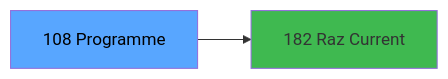
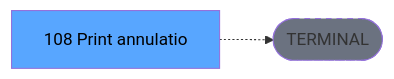
One commit to thonyAGP/lecteur-magic changed the third of 3 diagrams in .openspec/specs/ADH-IDE-108.md. Above: the diagram before and after it, drawn with Mermaid. The commit also changed other lines of this file and 701 other files, not shown here.

````diff
--- a/.openspec/specs/ADH-IDE-108.md
+++ b/.openspec/specs/ADH-IDE-108.md
@@ -146,8 +138,8 @@
 ```mermaid
 graph LR
-    T[108 Programme]
-    C182[182 Raz Current ]
-    T --> C182
+    T[108 Print annulatio]
+    TERM([TERMINAL])
+    T -.-> TERM
+    style TERM fill:#6b7280,stroke-dasharray: 5 5
     style T fill:#58a6ff,color:#000
-    style C182 fill:#3fb950
 ```
````
